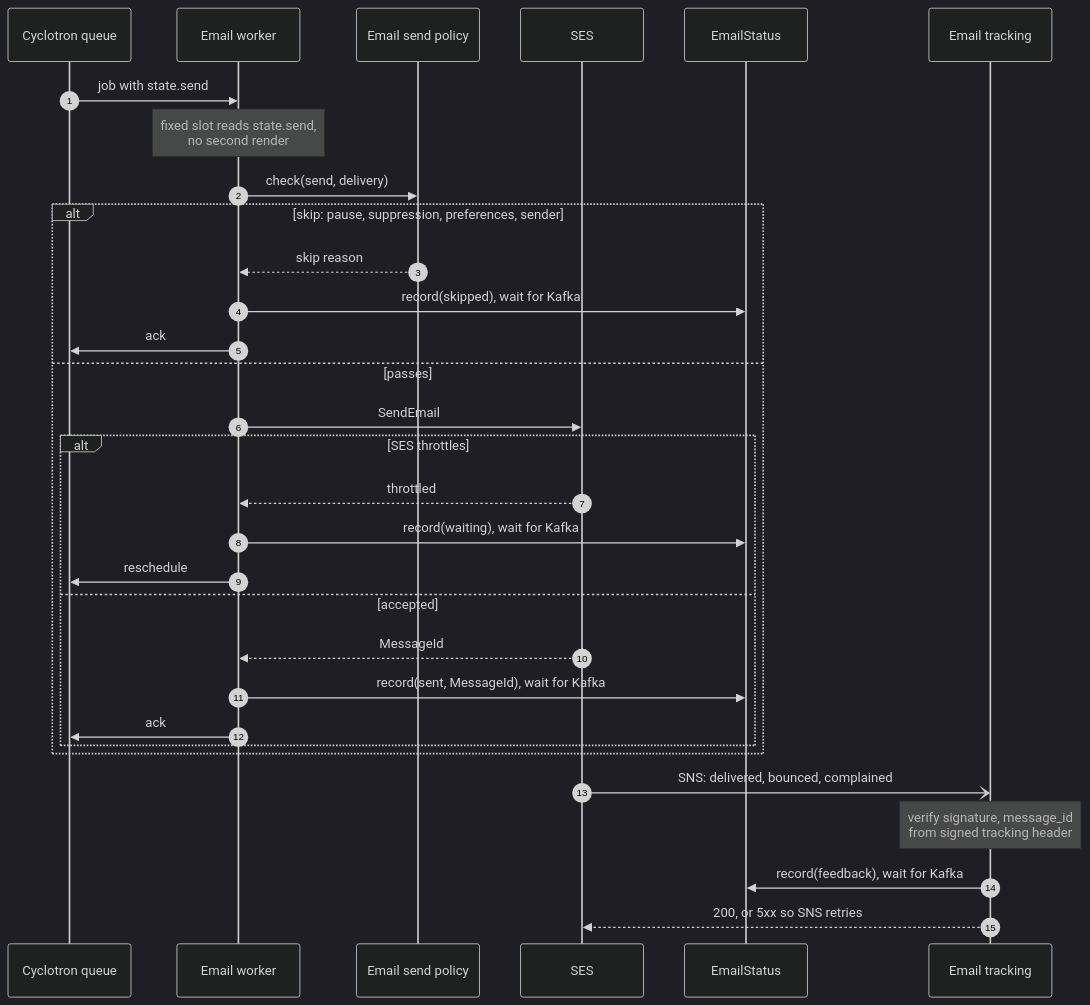
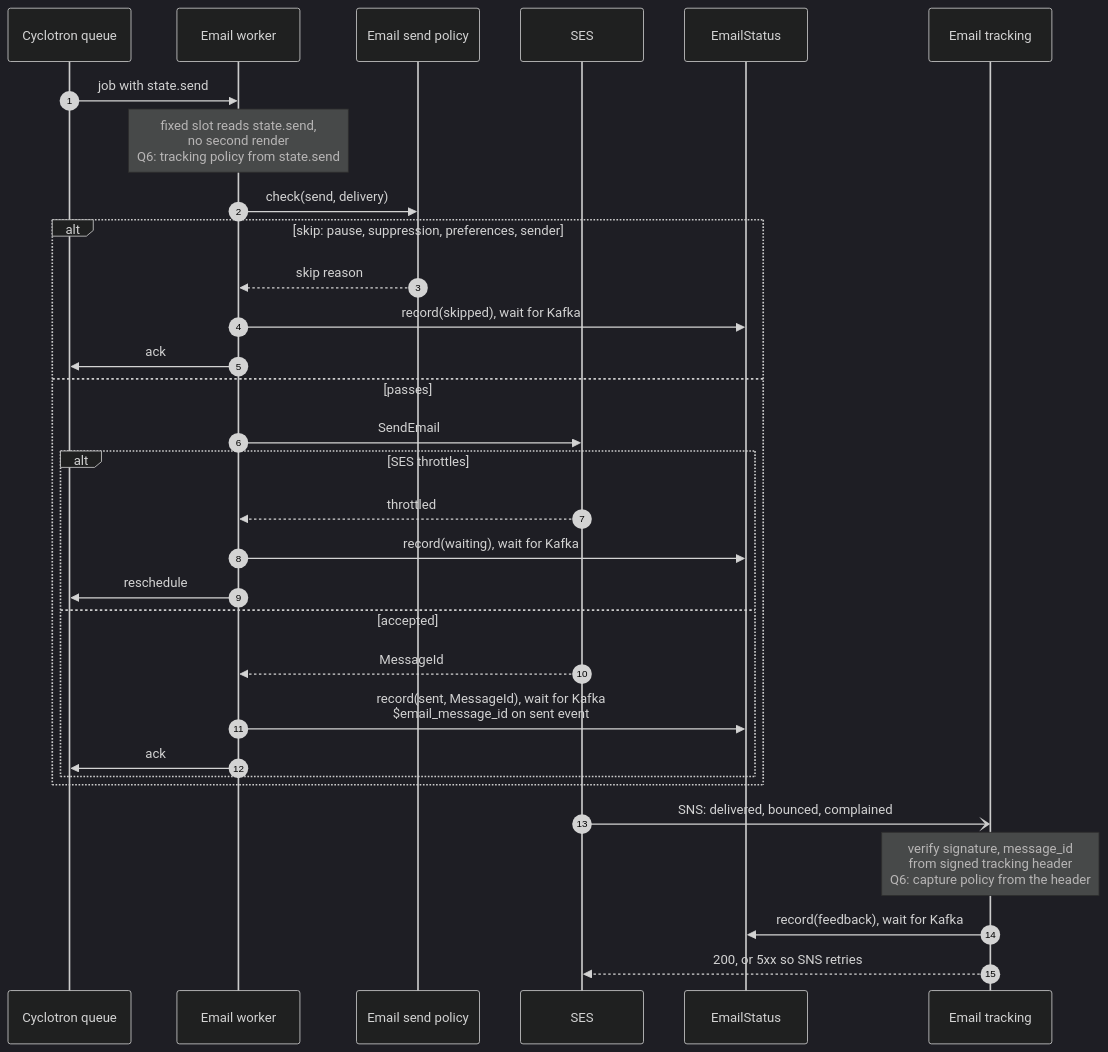
Before and after one commit to Silthus/posthog: the diagram in r3/deliver.mmd, drawn with Mermaid (dark theme). The commit also changed 5 other files, not shown here.

Commit message:
chore: add research 532 boundaries to resend parity rung 3 diagrams

```diff
--- a/r3/deliver.mmd
+++ b/r3/deliver.mmd
@@ -1,31 +1,31 @@
 sequenceDiagram
   autonumber
   participant Q as Cyclotron queue
   participant W as Email worker
   participant Pol as Email send policy
   participant SES
   participant St as EmailStatus
   participant T as Email tracking
   Q->>W: job with state.send
-  Note over W: fixed slot reads state.send,<br/>no second render
+  Note over W: fixed slot reads state.send,<br/>no second render<br/>Q6: tracking policy from state.send
   W->>Pol: check(send, delivery)
   alt skip: pause, suppression, preferences, sender
     Pol-->>W: skip reason
     W->>St: record(skipped), wait for Kafka
     W->>Q: ack
   else passes
     W->>SES: SendEmail
     alt SES throttles
       SES-->>W: throttled
       W->>St: record(waiting), wait for Kafka
       W->>Q: reschedule
     else accepted
       SES-->>W: MessageId
-      W->>St: record(sent, MessageId), wait for Kafka
+      W->>St: record(sent, MessageId), wait for Kafka<br/>$email_message_id on sent event
       W->>Q: ack
     end
   end
   SES-)T: SNS: delivered, bounced, complained
-  Note over T: verify signature, message_id<br/>from signed tracking header
+  Note over T: verify signature, message_id<br/>from signed tracking header<br/>Q6: capture policy from the header
   T->>St: record(feedback), wait for Kafka
   T-->>SES: 200, or 5xx so SNS retries
```
